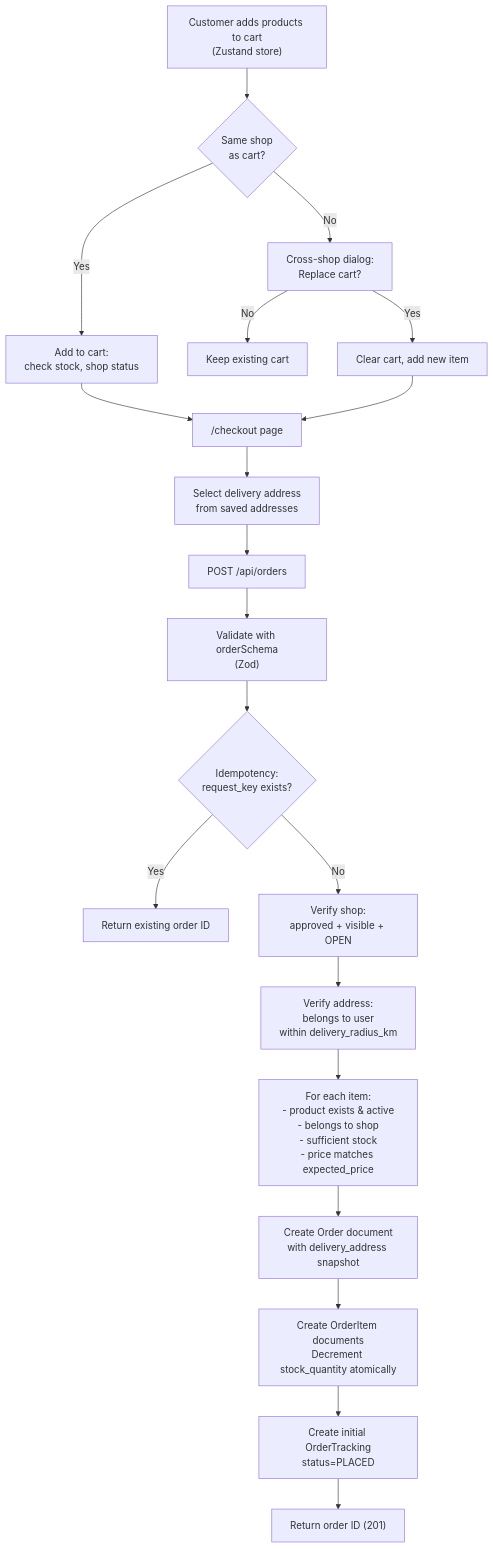
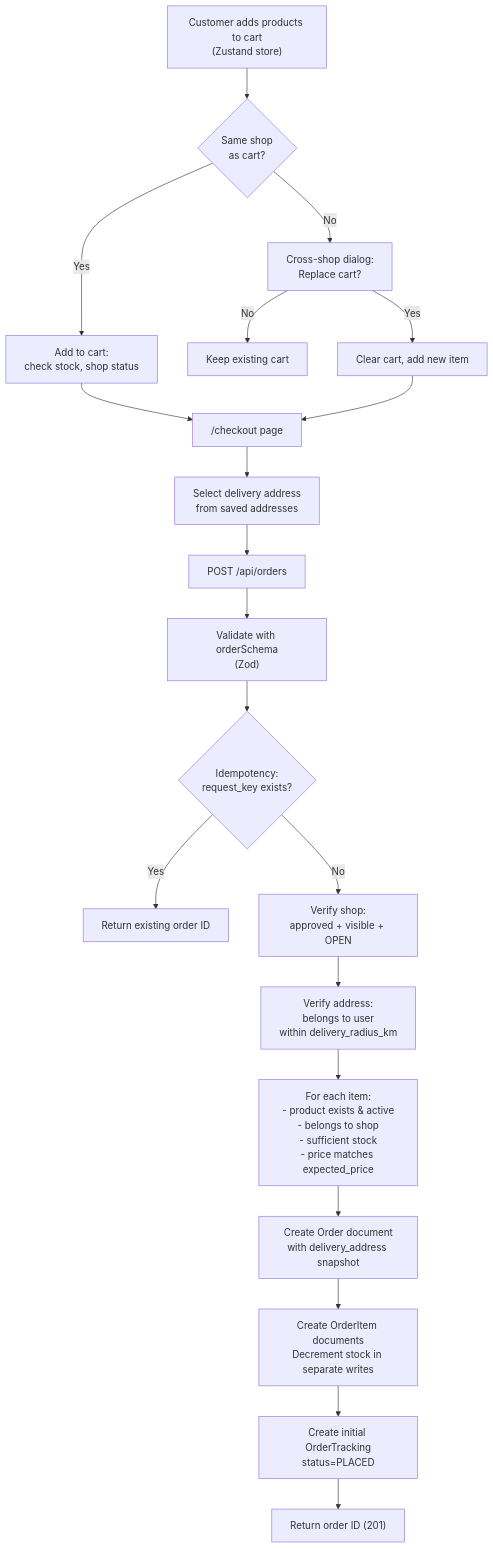
One commit to Xabhi0811/Kirana changed the sixth of 11 diagrams in README.md. Above: the diagram before and after it, drawn with Mermaid. The commit also changed other lines of this file, not shown here.

````diff
--- a/README.md
+++ b/README.md
@@ -697,25 +705,25 @@
 ```mermaid
 flowchart TB
     CART["Customer adds products to cart\n(Zustand store)"] --> CHECK1{"Same shop\nas cart?"}
     CHECK1 -- No --> PROMPT["Cross-shop dialog:\nReplace cart?"]
     PROMPT -- Yes --> REPLACE["Clear cart, add new item"]
     PROMPT -- No --> CANCEL["Keep existing cart"]
     CHECK1 -- Yes --> ADDITEM["Add to cart:\ncheck stock, shop status"]
 
     ADDITEM --> CHECKOUT["/checkout page"]
     REPLACE --> CHECKOUT
 
     CHECKOUT --> ADDR["Select delivery address\nfrom saved addresses"]
     ADDR --> SUBMIT["POST /api/orders"]
 
     SUBMIT --> V1["Validate with orderSchema\n(Zod)"]
     V1 --> V2{"Idempotency:\nrequest_key exists?"}
     V2 -- Yes --> RETURN_EXISTING["Return existing order ID"]
     V2 -- No --> V3["Verify shop:\napproved + visible + OPEN"]
     V3 --> V4["Verify address:\nbelongs to user\nwithin delivery_radius_km"]
     V4 --> V5["For each item:\n- product exists & active\n- belongs to shop\n- sufficient stock\n- price matches expected_price"]
     V5 --> CREATE["Create Order document\nwith delivery_address snapshot"]
-    CREATE --> ITEMS["Create OrderItem documents\nDecrement stock_quantity atomically"]
+    CREATE --> ITEMS["Create OrderItem documents\nDecrement stock in separate writes"]
     ITEMS --> TRACK["Create initial OrderTracking\nstatus=PLACED"]
     TRACK --> DONE["Return order ID (201)"]
 ```
````
